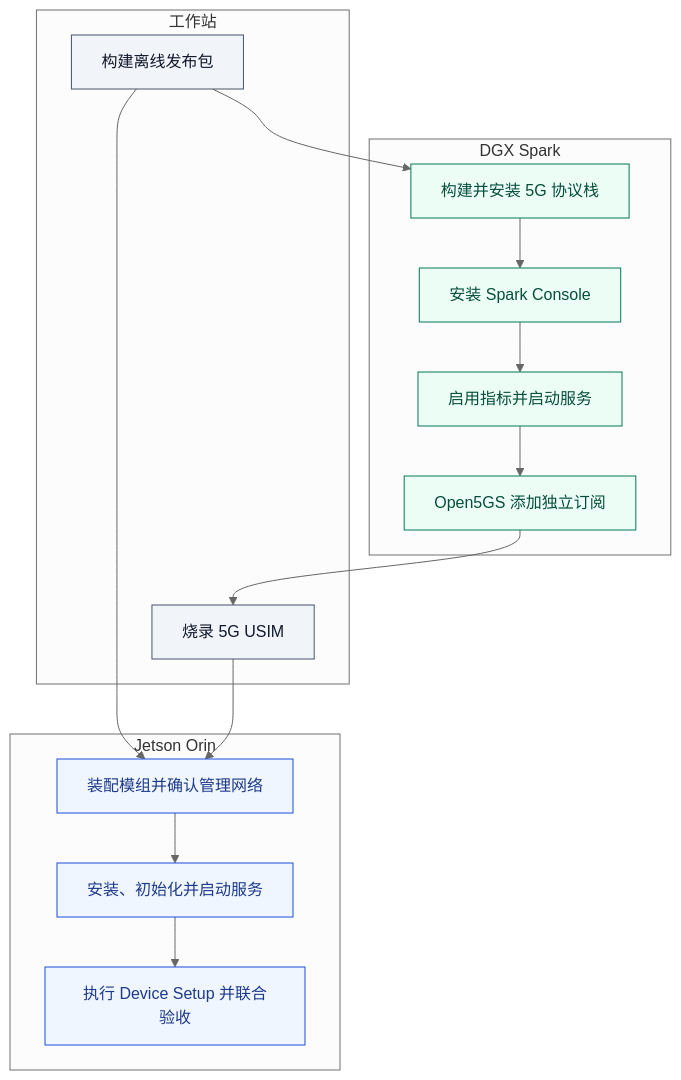
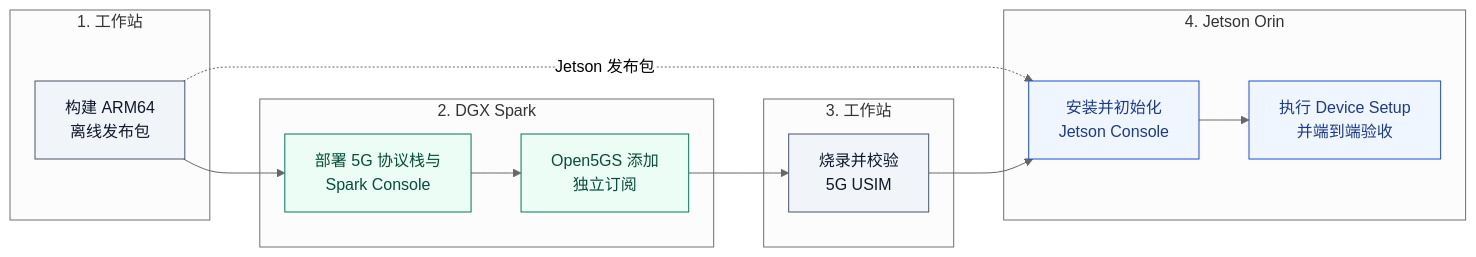
The diagram in docs/quickstart.zh-CN.md (HKUOpenSource/OpenAirKit), drawn with Mermaid (neutral theme) before and after one commit. The commit also changed 5 other files, not shown here.

Commit message:
docs: switch layered Mermaid diagrams to horizontal LR layout

````diff
--- a/docs/quickstart.zh-CN.md
+++ b/docs/quickstart.zh-CN.md
@@ -10,31 +10,30 @@
 ```mermaid
-flowchart TD
+flowchart LR
   classDef ws fill:#f1f5f9,stroke:#475569,color:#0f172a
   classDef spark fill:#ecfdf5,stroke:#047857,color:#064e3b
   classDef jetson fill:#eff6ff,stroke:#1d4ed8,color:#1e3a8a
 
-  subgraph WS["工作站"]
-    S0["构建离线发布包"]:::ws
-    S2B["烧录 5G USIM"]:::ws
+  subgraph WS1["1. 工作站"]
+    S0["构建 ARM64<br/>离线发布包"]:::ws
   end
 
-  subgraph SPARK["DGX Spark"]
-    S1A["构建并安装 5G 协议栈"]:::spark
-    S1B["安装 Spark Console"]:::spark
-    S1C["启用指标并启动服务"]:::spark
-    S2A["Open5GS 添加独立订阅"]:::spark
-    S1A --> S1B --> S1C --> S2A
+  subgraph SPARK["2. DGX Spark"]
+    S1["部署 5G 协议栈与<br/>Spark Console"]:::spark
+    S2A["Open5GS 添加<br/>独立订阅"]:::spark
+    S1 --> S2A
   end
 
-  subgraph JETSON["Jetson Orin"]
-    S3A["装配模组并确认管理网络"]:::jetson
-    S3B["安装、初始化并启动服务"]:::jetson
-    S4["执行 Device Setup 并联合验收"]:::jetson
-    S3A --> S3B --> S4
+  subgraph WS2["3. 工作站"]
+    S2B["烧录并校验<br/>5G USIM"]:::ws
   end
 
-  S0 --> S1A
-  S0 --> S3A
-  S2A --> S2B
-  S2B --> S3A
+  subgraph JETSON["4. Jetson Orin"]
+    S3["安装并初始化<br/>Jetson Console"]:::jetson
+    S4["执行 Device Setup<br/>并端到端验收"]:::jetson
+    S3 --> S4
+  end
+
+  S0 --> S1
+  S0 -. "Jetson 发布包" .-> S3
+  S2A --> S2B --> S3
 ```
````
